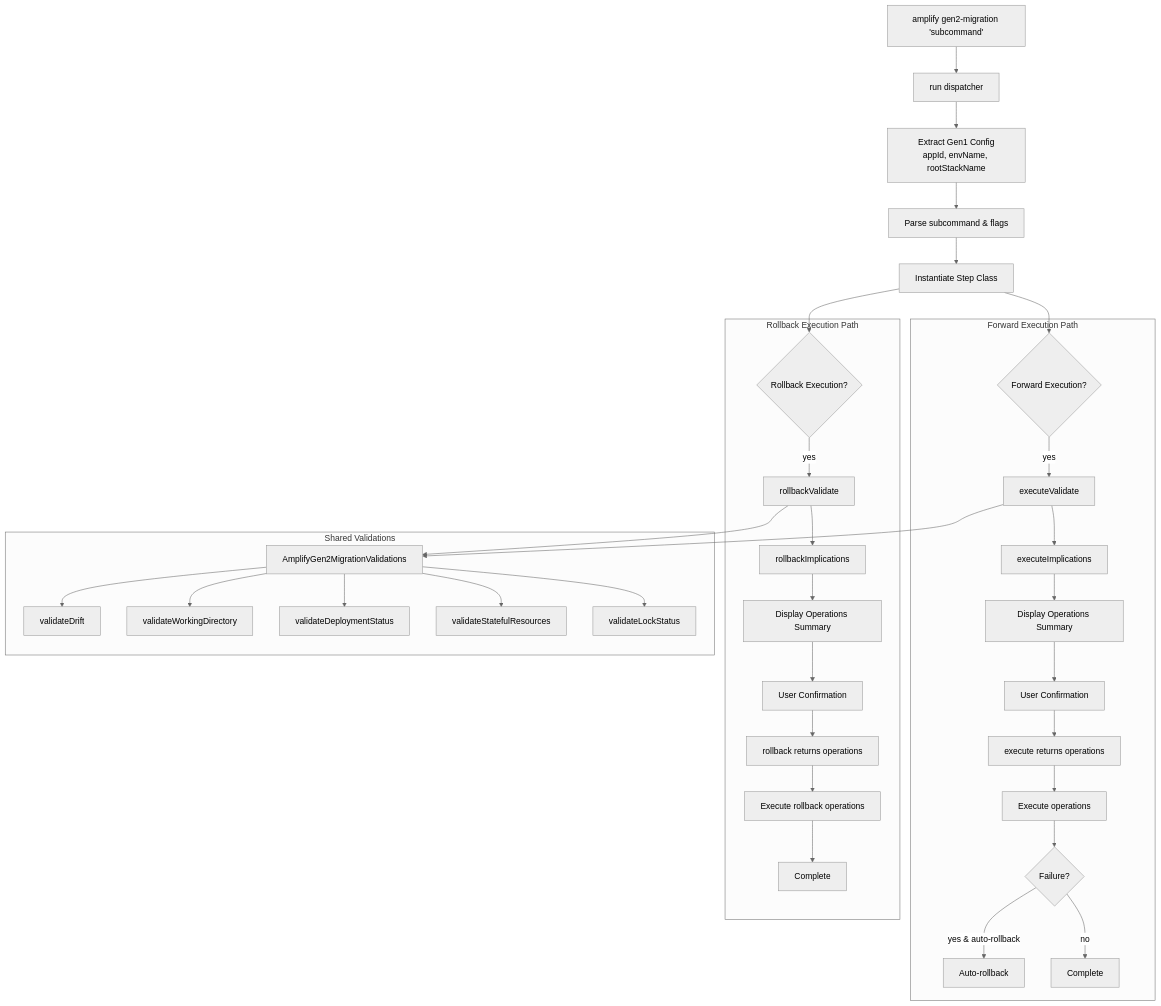
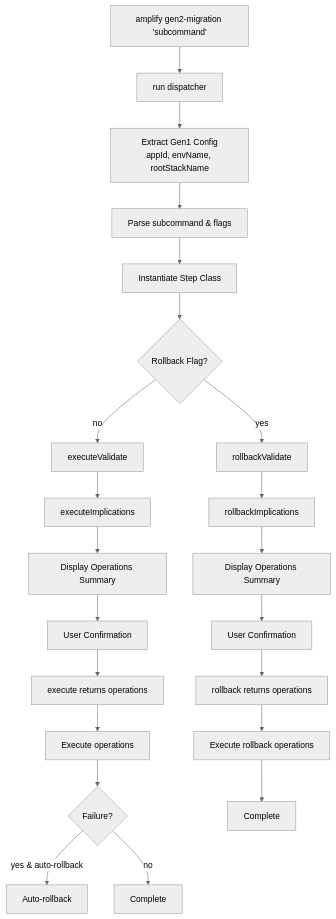
Before and after one commit to aws-amplify/amplify-cli: the diagram in docs/amplify-cli/src/gen2-migration.md, drawn with Mermaid (neutral theme).

Commit message:
chore: mid work

````diff
--- a/docs/amplify-cli/src/gen2-migration.md
+++ b/docs/amplify-cli/src/gen2-migration.md
@@ -29,45 +29,28 @@
 ```mermaid
 flowchart TD
     CLI[amplify gen2-migration 'subcommand'] --> RUN[run dispatcher]
     RUN --> EXTRACT[Extract Gen1 Config<br/>appId, envName, rootStackName]
     EXTRACT --> PARSE[Parse subcommand & flags]
     
     PARSE --> STEP[Instantiate Step Class]
     
-    STEP --> FORWARD{Forward Execution?}
-    STEP --> ROLLBACK{Rollback Execution?}
+    STEP --> BRANCH{Rollback Flag?}
     
-    subgraph "Forward Execution Path"
-        FORWARD -->|yes| FV[executeValidate]
-        FV --> FIMP[executeImplications]
-        FIMP --> FSUM[Display Operations Summary]
-        FSUM --> FCONF[User Confirmation]
-        FCONF --> FOPS[execute returns operations]
-        FOPS --> FEX[Execute operations]
-        FEX --> FERR{Failure?}
-        FERR -->|yes & auto-rollback| RAR[Auto-rollback]
-        FERR -->|no| FDONE[Complete]
-    end
+    BRANCH -->|no| FV[executeValidate]
+    FV --> FIMP[executeImplications]
+    FIMP --> FSUM[Display Operations Summary]
+    FSUM --> FCONF[User Confirmation]
+    FCONF --> FOPS[execute returns operations]
+    FOPS --> FEX[Execute operations]
+    FEX --> FERR{Failure?}
+    FERR -->|yes & auto-rollback| RAR[Auto-rollback]
+    FERR -->|no| FDONE[Complete]
     
-    subgraph "Rollback Execution Path"
-        ROLLBACK -->|yes| RV[rollbackValidate]
-        RV --> RIMP[rollbackImplications]
-        RIMP --> RSUM[Display Operations Summary]
-        RSUM --> RCONF[User Confirmation]
-        RCONF --> ROPS[rollback returns operations]
-        ROPS --> REX[Execute rollback operations]
-        REX --> RDONE[Complete]
-    end
-    
-    subgraph "Shared Validations"
-        VAL[AmplifyGen2MigrationValidations]
-        VAL --> VD[validateDrift]
-        VAL --> VW[validateWorkingDirectory]
-        VAL --> VS[validateDeploymentStatus]
-        VAL --> VSR[validateStatefulResources]
-        VAL --> VL[validateLockStatus]
-    end
-    
-    FV --> VAL
-    RV --> VAL
+    BRANCH -->|yes| RV[rollbackValidate]
+    RV --> RIMP[rollbackImplications]
+    RIMP --> RSUM[Display Operations Summary]
+    RSUM --> RCONF[User Confirmation]
+    RCONF --> ROPS[rollback returns operations]
+    ROPS --> REX[Execute rollback operations]
+    REX --> RDONE[Complete]
 ```
````
